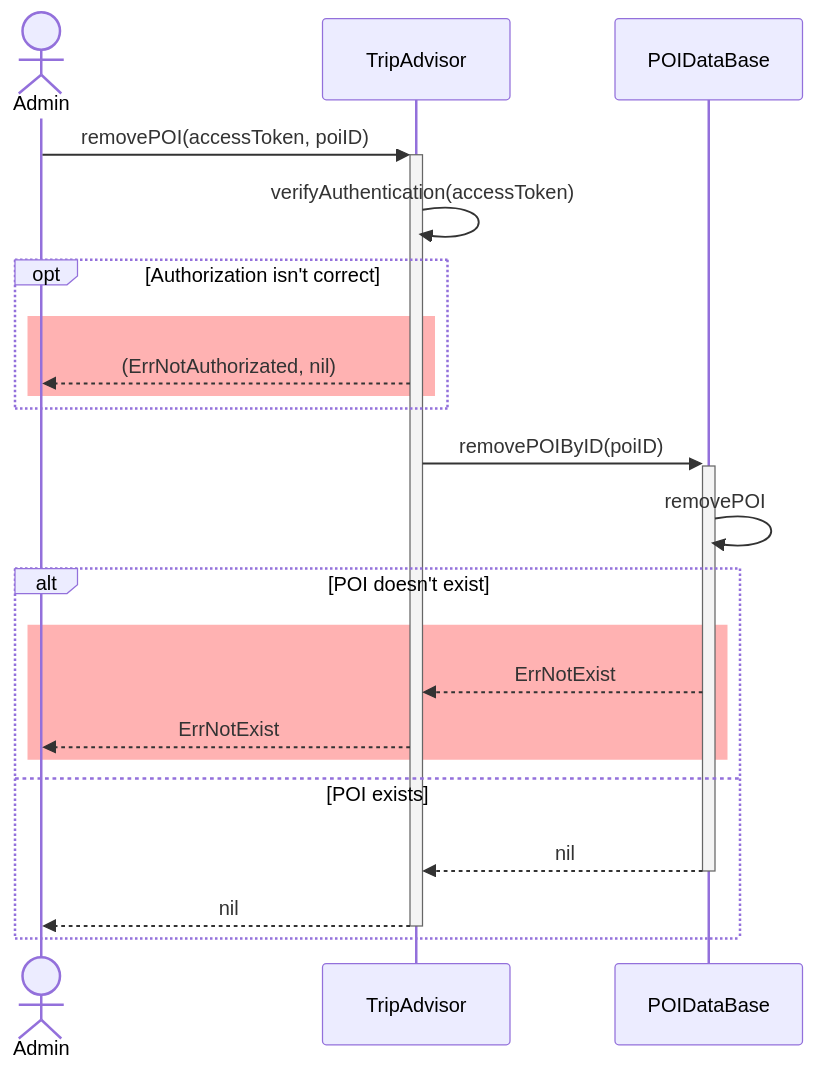
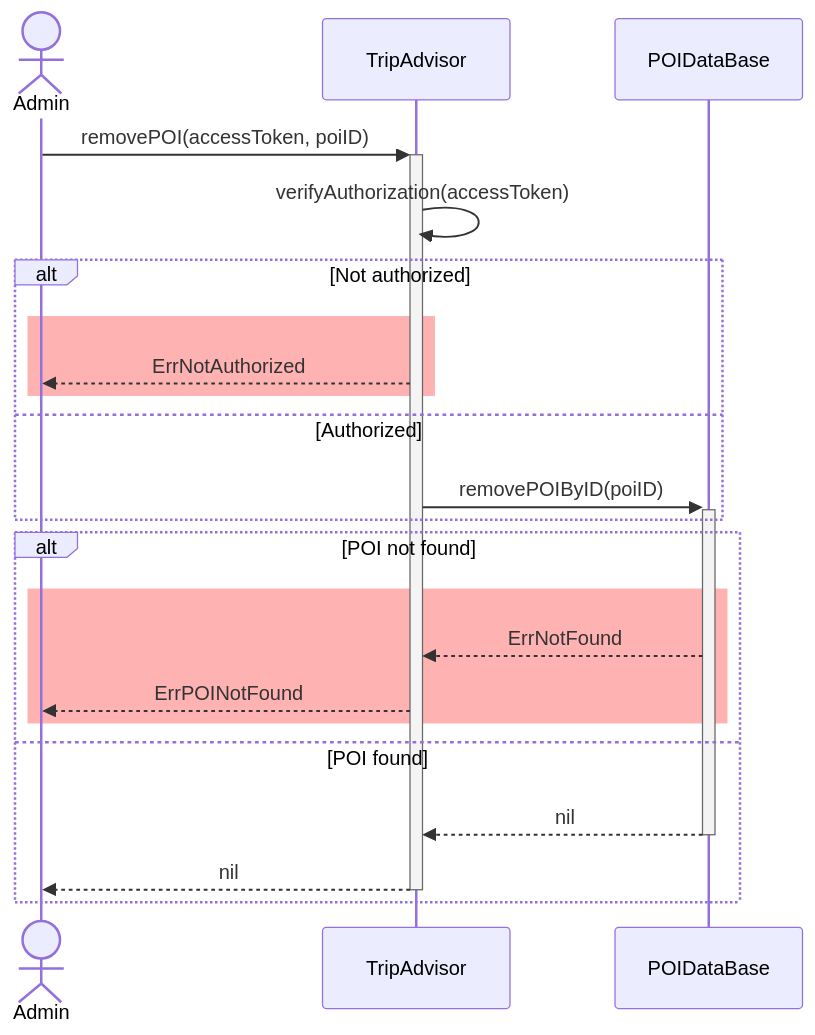
One commit to d-kv/backend-travel-app changed the diagram in uml/src/remove_poi.mmd. Above: the diagram before and after it, drawn with Mermaid. The commit also changed 9 other files, not shown here.

```diff
--- a/uml/src/remove_poi.mmd
+++ b/uml/src/remove_poi.mmd
@@ -1,27 +1,29 @@
 %% @backgroundColor(Gray)
+
 sequenceDiagram
 	actor Admin as Admin
 	participant Trip as TripAdvisor
 	participant DB as POIDataBase
 
 	Admin->>+Trip: removePOI(accessToken, poiID)
 
-		Trip->>Trip: verifyAuthentication(accessToken)
-		opt Authorization isn't correct
+		Trip->>Trip: verifyAuthorization(accessToken)
+		alt Not authorized
 			rect rgba(255, 0, 0, 0.3)
-				Trip-->>Admin: (ErrNotAuthorizated, nil)
+				Trip-->>Admin: ErrNotAuthorized
 			end
+		else Authorized
+			Trip->>+DB: removePOIByID(poiID)
 		end
 
-		Trip->>+DB: removePOIByID(poiID)
 
-		DB->>DB: removePOI
-		alt POI doesn't exist
+
+		alt POI not found
 			rect rgba(255, 0, 0, 0.3)
-				DB-->>Trip: ErrNotExist
-				Trip-->>Admin: ErrNotExist
+				DB-->>Trip: ErrNotFound
+				Trip-->>Admin: ErrPOINotFound
 			end
-		else POI exists
+		else POI found
 			DB-->>-Trip: nil
 			Trip-->>-Admin: nil
 		end
```
